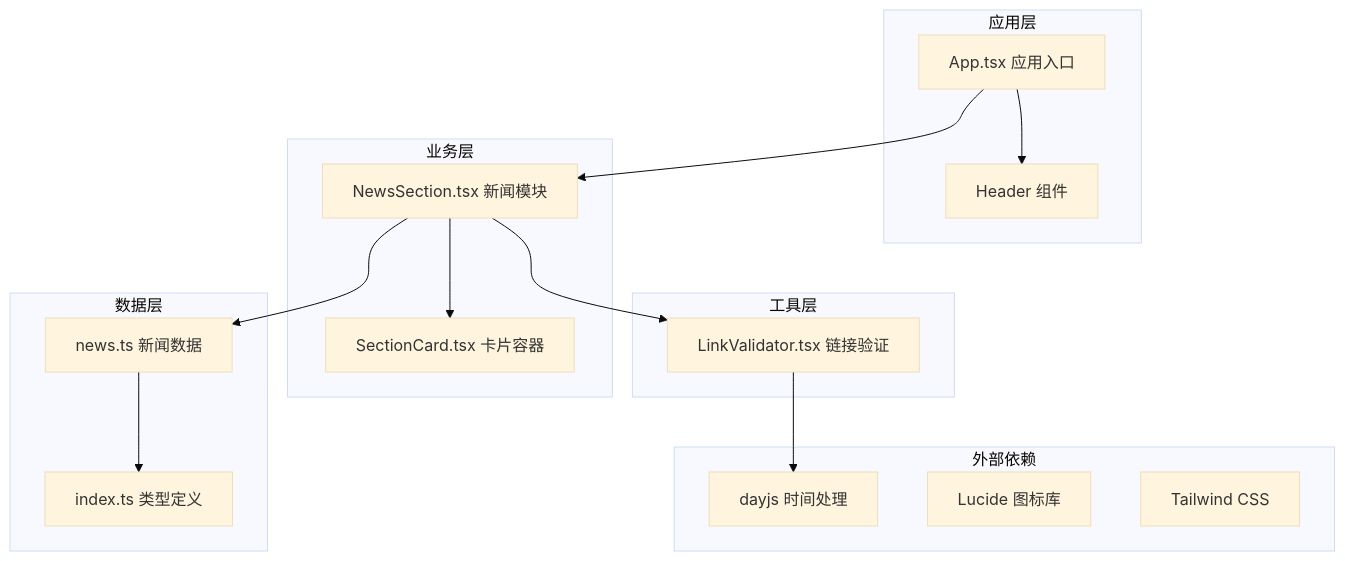
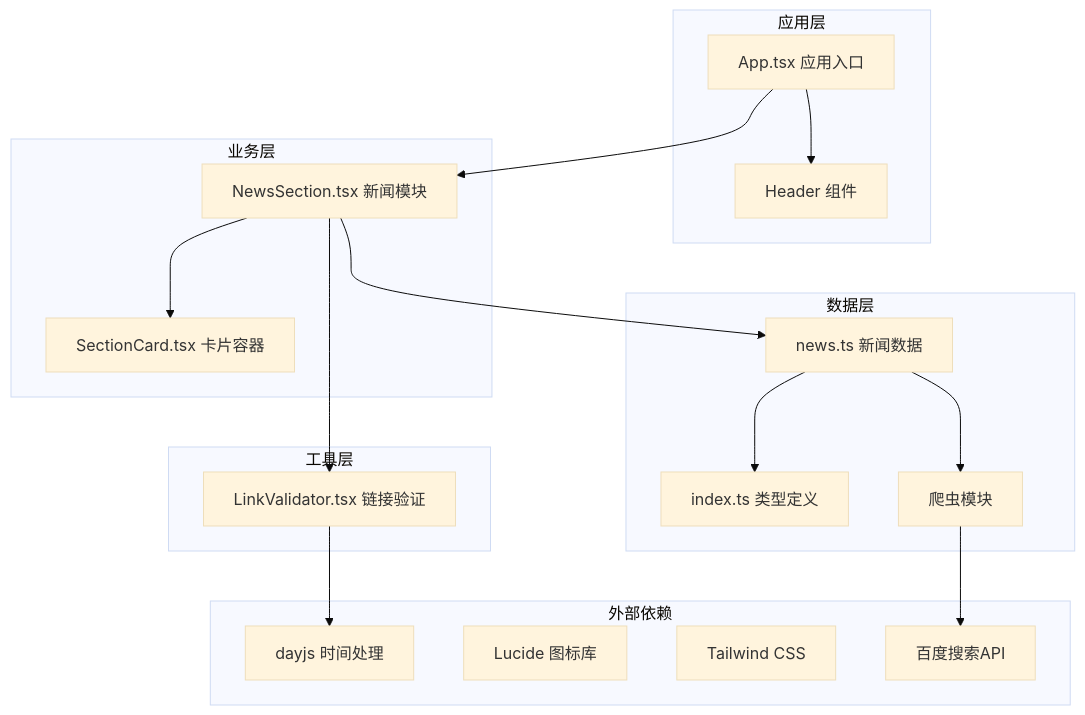
Before and after one commit to liangxuanliang-cmd/carbon-info-agent: the first of 8 diagrams in .qoder/repowiki/zh/content/功能模块/新闻资讯模块.md, drawn with Mermaid (base theme). The commit also changed other lines of this file and 6 other files, not shown here.

````diff
--- a/.qoder/repowiki/zh/content/功能模块/新闻资讯模块.md
+++ b/.qoder/repowiki/zh/content/功能模块/新闻资讯模块.md
@@ -34,30 +47,34 @@
 ```mermaid
 graph TB
 subgraph "应用层"
 App[App.tsx 应用入口]
 Header[Header 组件]
 end
 subgraph "业务层"
 NewsSection[NewsSection.tsx 新闻模块]
 SectionCard[SectionCard.tsx 卡片容器]
 end
 subgraph "数据层"
 NewsData[news.ts 新闻数据]
 Types[index.ts 类型定义]
+Crawlers[爬虫模块]
 end
 subgraph "工具层"
 LinkValidator[LinkValidator.tsx 链接验证]
 end
 subgraph "外部依赖"
 DayJS[dayjs 时间处理]
 Lucide[Lucide 图标库]
 Tailwind[Tailwind CSS]
+Baidu[百度搜索API]
 end
 App --> NewsSection
 NewsSection --> SectionCard
 NewsSection --> NewsData
 NewsSection --> LinkValidator
 NewsData --> Types
+NewsData --> Crawlers
 LinkValidator --> DayJS
 App --> Header
+Crawlers --> Baidu
 ```
````
